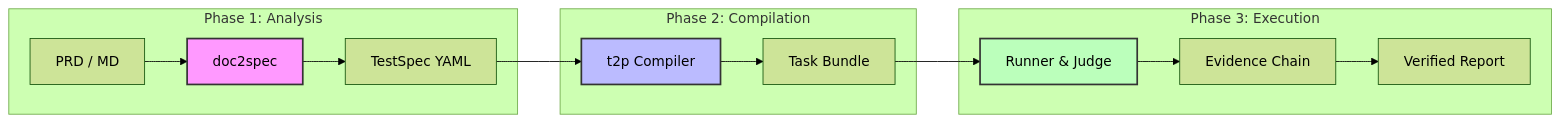
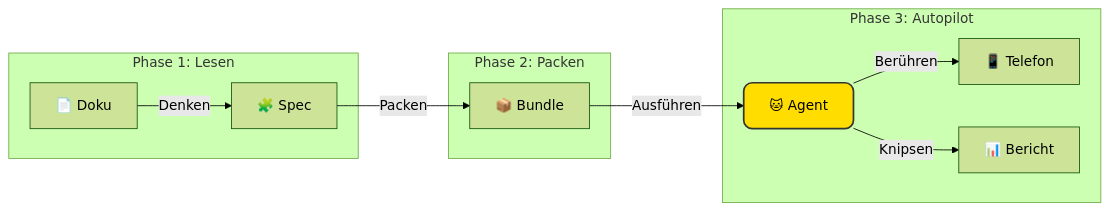
The diagram in README.de.md (Yell0wMe/TesterAgent), drawn with Mermaid (forest theme) before and after one commit. The commit also changed other lines of this file and 25 other files, not shown here.

````diff
--- a/README.de.md
+++ b/README.de.md
@@ -58,22 +67,18 @@
 ```mermaid
 graph LR
-    subgraph "Phase 1: Analysis"
-    Doc[PRD / MD] --> D2S[doc2spec]
-    D2S --> TS[TestSpec YAML]
+    subgraph "Phase 1: Lesen"
+    Doc[📄 Doku] -->|Denken| Build[🧩 Spec]
     end
 
-    subgraph "Phase 2: Compilation"
-    TS --> T2P[t2p Compiler]
-    T2P --> TB[Task Bundle]
+    subgraph "Phase 2: Packen"
+    Build -->|Packen| Bundle[📦 Bundle]
     end
 
-    subgraph "Phase 3: Execution"
-    TB --> Runner[Runner & Judge]
-    Runner --> Evidence[Evidence Chain]
-    Evidence --> Verdict[Verified Report]
+    subgraph "Phase 3: Autopilot"
+    Bundle -->|Ausführen| Cat[🐱 Agent]
+    Cat -->|Berühren| Phone[📱 Telefon]
+    Cat -->|Knipsen| Report[📊 Bericht]
     end
 
-    style D2S fill:#f9f,stroke:#333,stroke-width:2px
-    style T2P fill:#bbf,stroke:#333,stroke-width:2px
-    style Runner fill:#bfb,stroke:#333,stroke-width:2px
+    style Cat fill:#ffdd00,stroke:#333,stroke-width:2px,rx:10,ry:10
 ```
````
